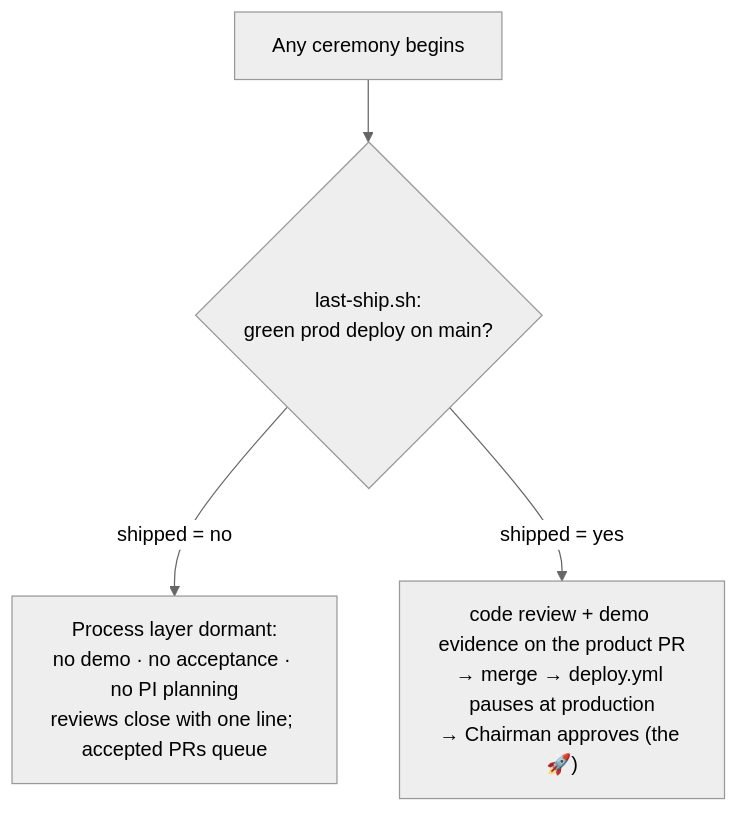
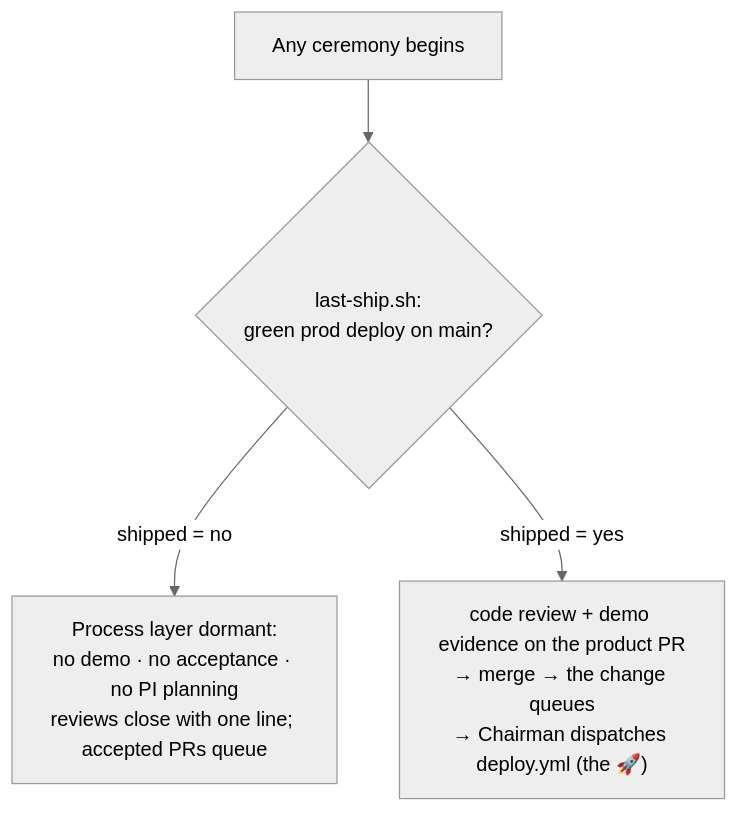
The eighth of 10 diagrams in docs/ARCHITECTURE.md (johnplantada/scrum-jail-governance-playbook), drawn with Mermaid (neutral theme) before and after one commit. The commit also changed other lines of this file and 13 other files, not shown here.

````diff
--- a/docs/ARCHITECTURE.md
+++ b/docs/ARCHITECTURE.md
@@ -281,6 +288,6 @@
 ```mermaid
 flowchart TD
     Cer["Any ceremony begins"] --> Pred{"last-ship.sh:<br/>green prod deploy on main?"}
     Pred -->|"shipped = no"| Dormant["Process layer dormant:<br/>no demo · no acceptance · no PI planning<br/>reviews close with one line; accepted PRs queue"]
-    Pred -->|"shipped = yes"| Active["code review + demo evidence on the product PR<br/>→ merge → deploy.yml pauses at production<br/>→ Chairman approves (the 🚀)"]
+    Pred -->|"shipped = yes"| Active["code review + demo evidence on the product PR<br/>→ merge → the change queues<br/>→ Chairman dispatches deploy.yml (the 🚀)"]
 ```
````
